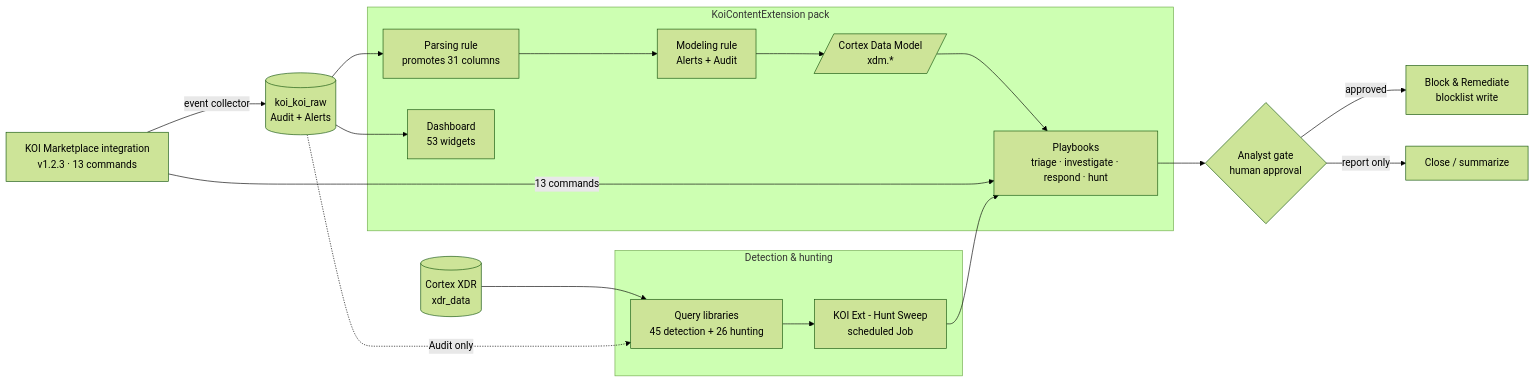
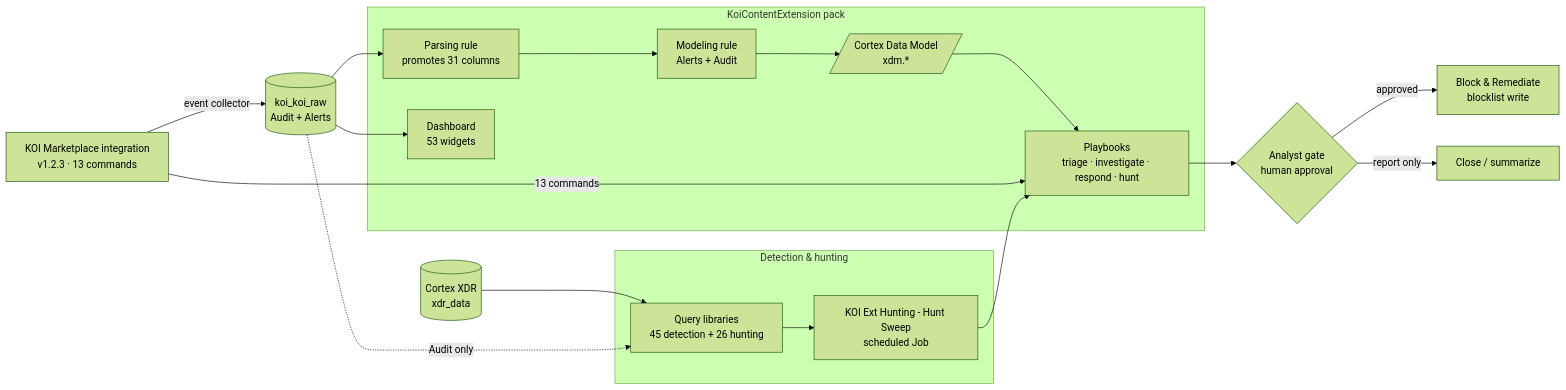
One commit to ayman-m/koi-xsiam-markeplacepack changed the diagram in README.md. Above: the diagram before and after it, drawn with Mermaid (forest theme). The commit also changed 25 other files, not shown here.

````diff
--- a/README.md
+++ b/README.md
@@ -55,36 +55,36 @@
 ```mermaid
 flowchart LR
     KOI["KOI Marketplace integration<br/>v1.2.3 · 13 commands"]
     RAW[("koi_koi_raw<br/>Audit + Alerts")]
     XDR[("Cortex XDR<br/>xdr_data")]
 
     KOI -->|"event collector"| RAW
 
     subgraph EXT["KoiContentExtension pack"]
         PR["Parsing rule<br/>promotes 31 columns"]
         MR["Modeling rule<br/>Alerts + Audit"]
         XDM[/"Cortex Data Model<br/>xdm.*"/]
         DASH["Dashboard<br/>53 widgets"]
         PB["Playbooks<br/>triage · investigate · respond · hunt"]
         PR --> MR --> XDM
     end
 
     RAW --> PR
     RAW --> DASH
     XDM --> PB
     KOI -->|"13 commands"| PB
 
     subgraph HUNT["Detection & hunting"]
         QLIB["Query libraries<br/>45 detection + 26 hunting"]
-        SWEEP["KOI Ext - Hunt Sweep<br/>scheduled Job"]
+        SWEEP["KOI Ext Hunting - Hunt Sweep<br/>scheduled Job"]
     end
 
     XDR --> QLIB
     RAW -. "Audit only" .-> QLIB
     QLIB --> SWEEP
     SWEEP --> PB
 
     PB --> GATE{"Analyst gate<br/>human approval"}
     GATE -->|"approved"| RESP["Block & Remediate<br/>blocklist write"]
     GATE -->|"report only"| CLOSE["Close / summarize"]
 ```
````
